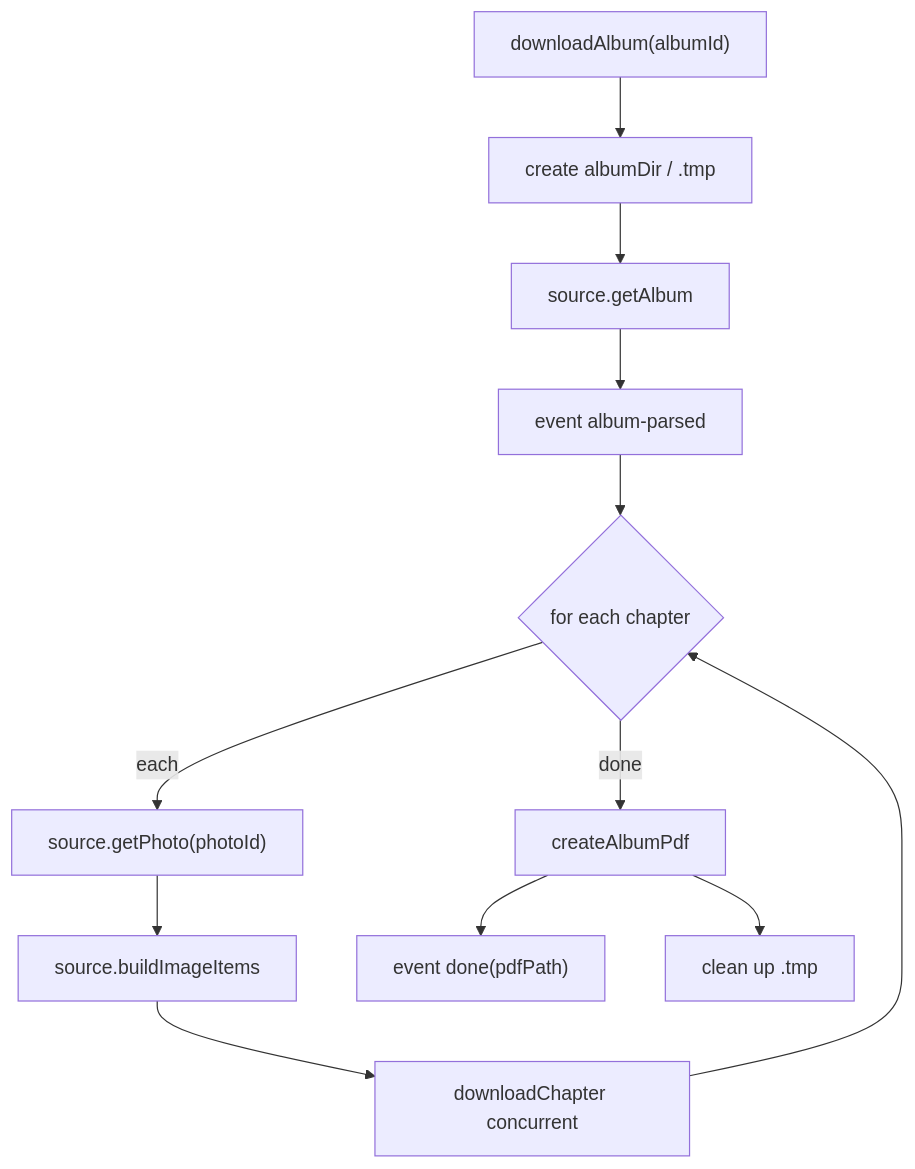
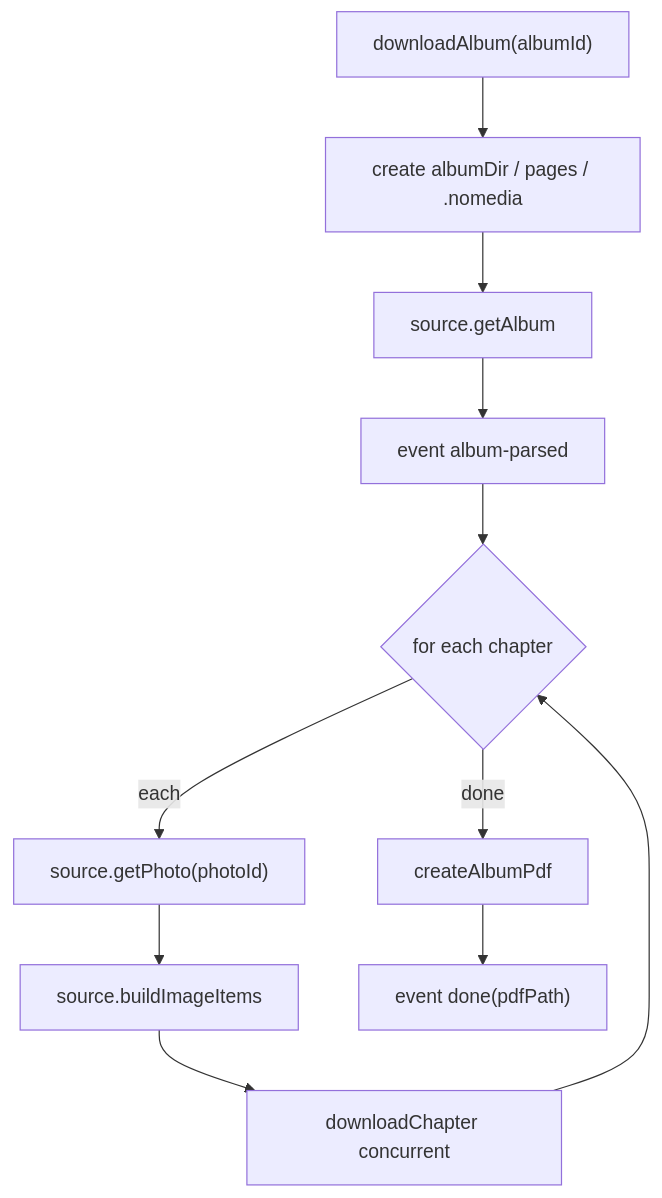
One commit to aDarkMaker/JMFM changed the first of 2 diagrams in docs/en/architecture/download.md. Above: the diagram before and after it, drawn with Mermaid. The commit also changed other lines of this file and 10 other files, not shown here.

Commit message:
docs: refresh architecture and changelog

````diff
--- a/docs/en/architecture/download.md
+++ b/docs/en/architecture/download.md
@@ -9,14 +9,13 @@
 ```mermaid
 flowchart TD
-    start["downloadAlbum(albumId)"] --> mk["create albumDir / .tmp"]
+    start["downloadAlbum(albumId)"] --> mk["create albumDir / pages / .nomedia"]
     mk --> album["source.getAlbum"]
     album --> ev1["event album-parsed"]
     ev1 --> loop{"for each chapter"}
     loop -->|each| ph["source.getPhoto(photoId)"]
     ph --> items["source.buildImageItems"]
     items --> chap["downloadChapter concurrent"]
     chap --> loop
     loop -->|done| pdf["createAlbumPdf"]
     pdf --> ev2["event done(pdfPath)"]
-    pdf --> clean["clean up .tmp"]
 ```
````
